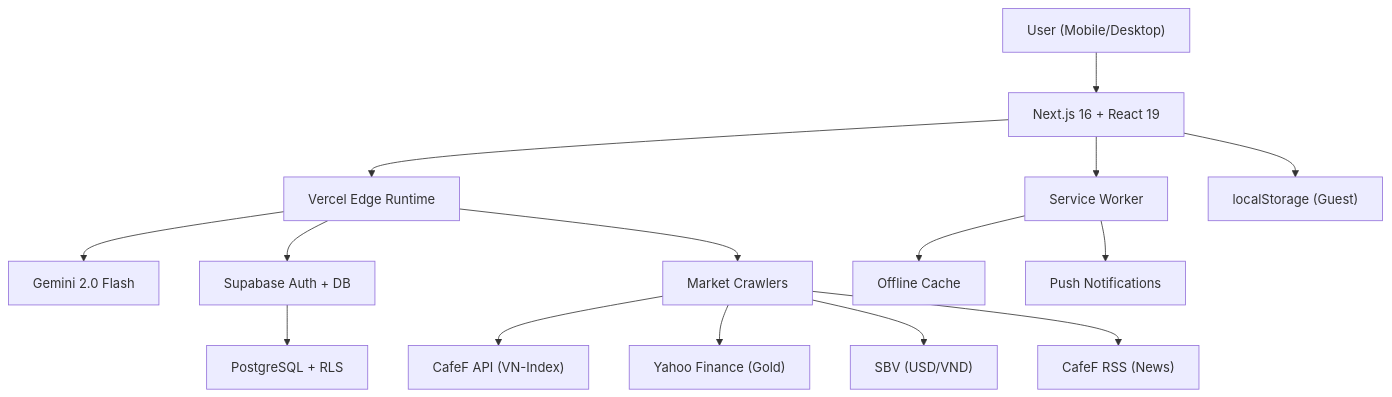
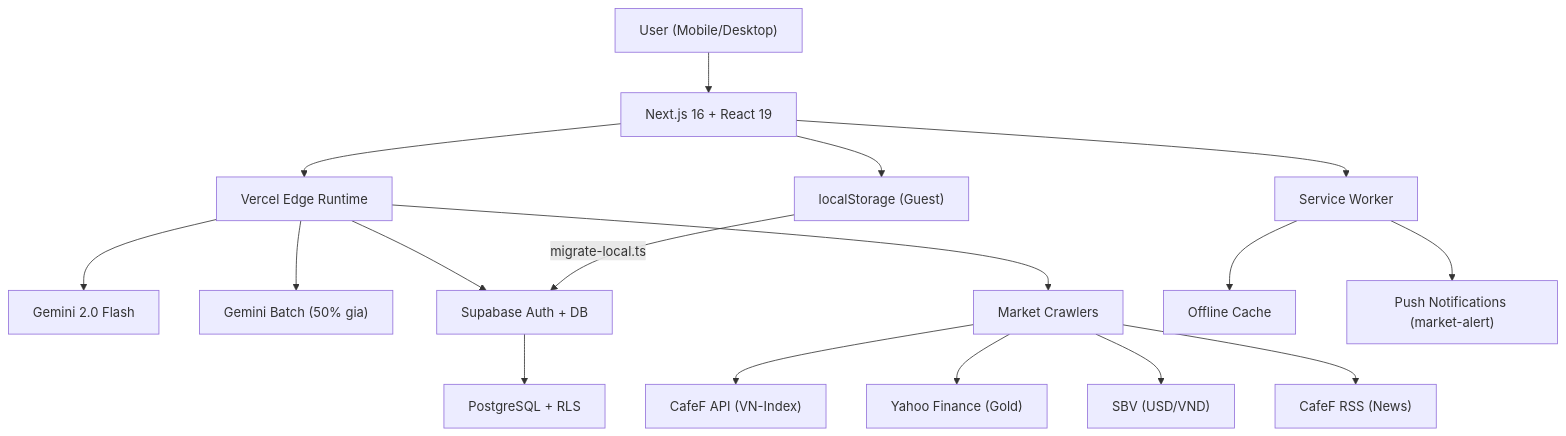
The diagram in README.md (hungpixi/vietfi-advisor), drawn with Mermaid before and after one commit. The commit also changed other lines of this file and 7 other files, not shown here.

````diff
--- a/README.md
+++ b/README.md
@@ -300,17 +362,19 @@
 ```mermaid
 graph TD
     A["User (Mobile/Desktop)"] --> B["Next.js 16 + React 19"]
     B --> C["Vercel Edge Runtime"]
     C --> D["Gemini 2.0 Flash"]
+    C --> D2["Gemini Batch (50% gia)"]
     C --> E["Supabase Auth + DB"]
     C --> F["Market Crawlers"]
     F --> F1["CafeF API (VN-Index)"]
     F --> F2["Yahoo Finance (Gold)"]
     F --> F3["SBV (USD/VND)"]
     F --> F4["CafeF RSS (News)"]
     B --> G["Service Worker"]
     G --> H["Offline Cache"]
-    G --> I["Push Notifications"]
+    G --> I["Push Notifications (market-alert)"]
     E --> J["PostgreSQL + RLS"]
     B --> K["localStorage (Guest)"]
+    K -- migrate-local.ts --> E
 ```
````
